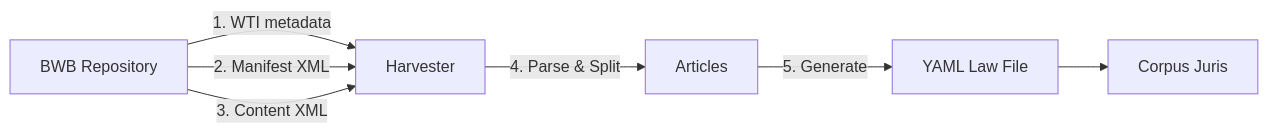
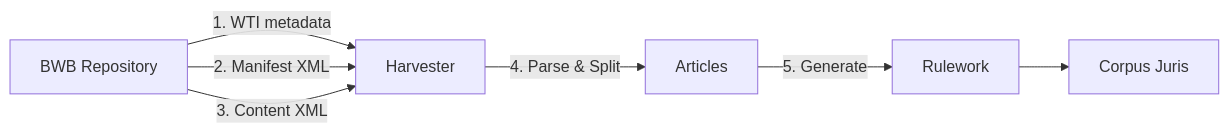
One commit to MinBZK/regelrecht changed the diagram in docs/src/content/docs/components/harvester.md. Above: the diagram before and after it, drawn with Mermaid. The commit also changed other lines of this file and 57 other files, not shown here.

````diff
--- a/docs/src/content/docs/components/harvester.md
+++ b/docs/src/content/docs/components/harvester.md
@@ -17,9 +17,9 @@
 ```mermaid
 flowchart LR
     A[BWB Repository] -->|1. WTI metadata| B[Harvester]
     A -->|2. Manifest XML| B
     A -->|3. Content XML| B
     B -->|4. Parse & Split| C[Articles]
-    C -->|5. Generate| D[YAML Law File]
+    C -->|5. Generate| D[Rulework]
     D --> E[Corpus Juris]
 ```
````
